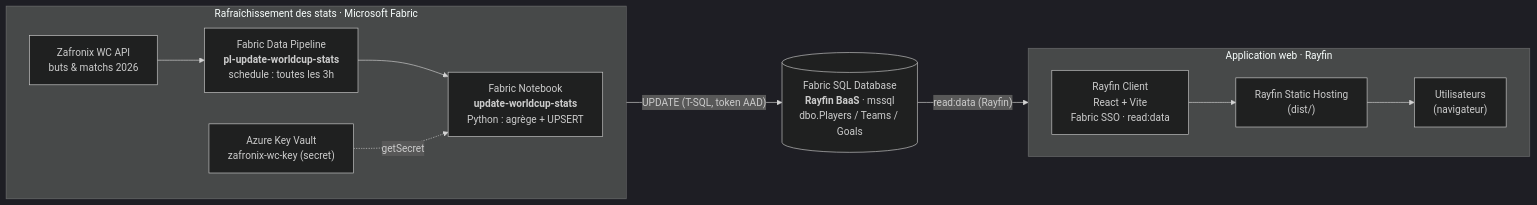
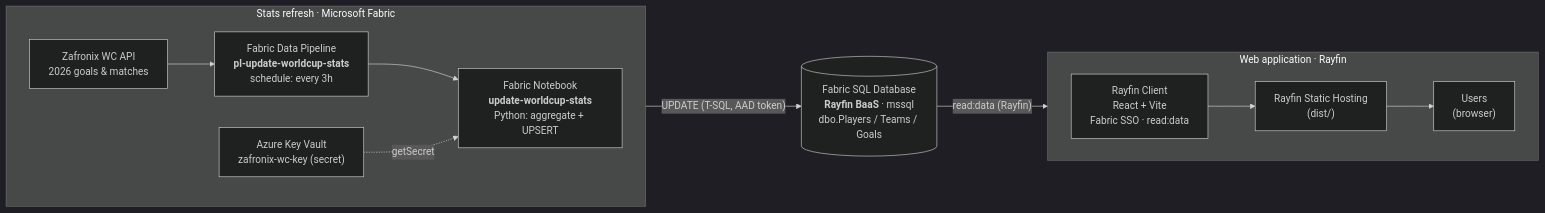
The diagram in docs/ARCHITECTURE.md (marc-hadjeje/worldcup-topscorer), drawn with Mermaid (dark theme) before and after one commit. The commit also changed other lines of this file and 15 other files, not shown here.

````diff
--- a/docs/ARCHITECTURE.md
+++ b/docs/ARCHITECTURE.md
@@ -9,25 +9,25 @@
 ```mermaid
 flowchart LR
-    subgraph FABRIC["Rafraîchissement des stats · Microsoft Fabric"]
+    subgraph FABRIC["Stats refresh · Microsoft Fabric"]
         direction LR
-        API["Zafronix WC API<br/>buts &amp; matchs 2026"]
-        PL["Fabric Data Pipeline<br/><b>pl-update-worldcup-stats</b><br/>schedule : toutes les 3h"]
-        NB["Fabric Notebook<br/><b>update-worldcup-stats</b><br/>Python : agrège + UPSERT"]
+        API["Zafronix WC API<br/>2026 goals &amp; matches"]
+        PL["Fabric Data Pipeline<br/><b>pl-update-worldcup-stats</b><br/>schedule: every 3h"]
+        NB["Fabric Notebook<br/><b>update-worldcup-stats</b><br/>Python: aggregate + UPSERT"]
         KV["Azure Key Vault<br/>zafronix-wc-key (secret)"]
         API --> PL --> NB
         KV -. getSecret .-> NB
     end
 
     SQL[("Fabric SQL Database<br/><b>Rayfin BaaS</b> · mssql<br/>dbo.Players / Teams / Goals")]
-    NB -- "UPDATE (T-SQL, token AAD)" --> SQL
+    NB -- "UPDATE (T-SQL, AAD token)" --> SQL
 
-    subgraph RAYFIN["Application web · Rayfin"]
+    subgraph RAYFIN["Web application · Rayfin"]
         direction LR
         CLIENT["Rayfin Client<br/>React + Vite<br/>Fabric SSO · read:data"]
         HOST["Rayfin Static Hosting<br/>(dist/)"]
-        USERS["Utilisateurs<br/>(navigateur)"]
+        USERS["Users<br/>(browser)"]
         CLIENT --> HOST --> USERS
     end
 
     SQL -- "read:data (Rayfin)" --> CLIENT
 ```
````
